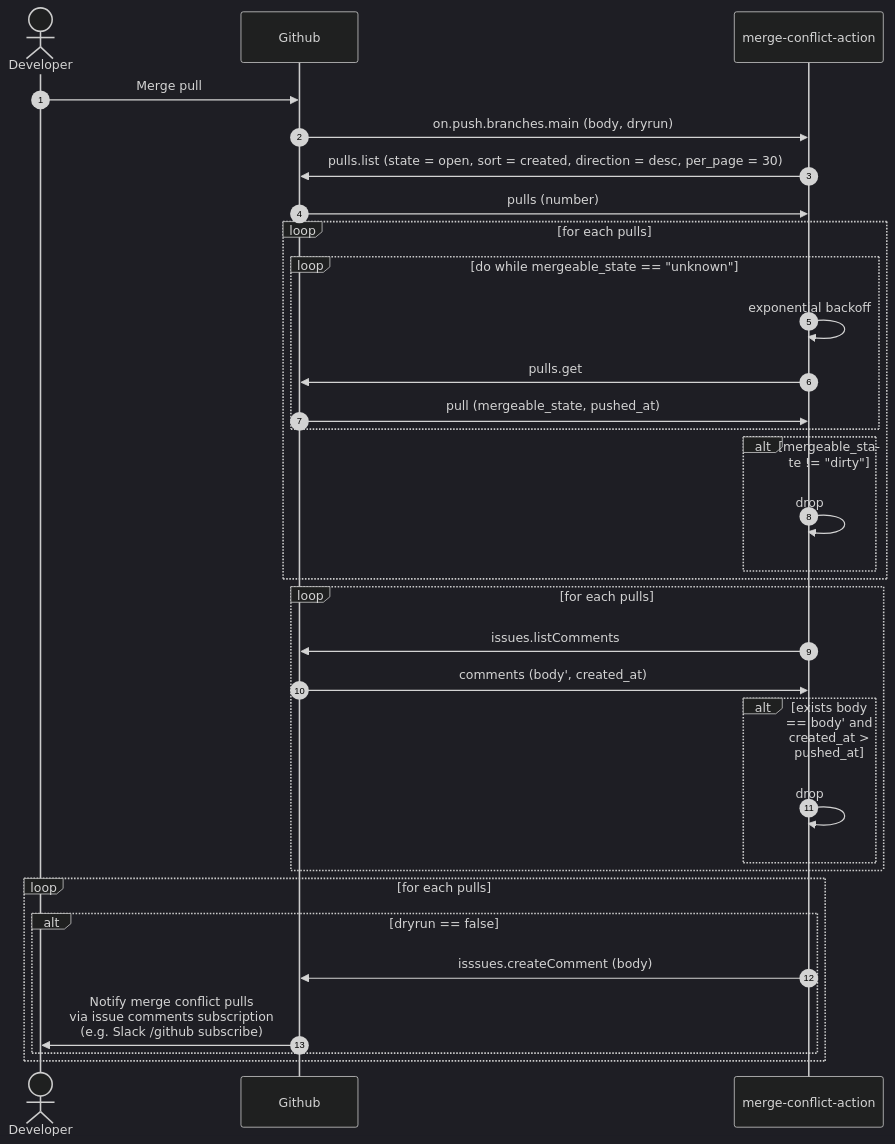
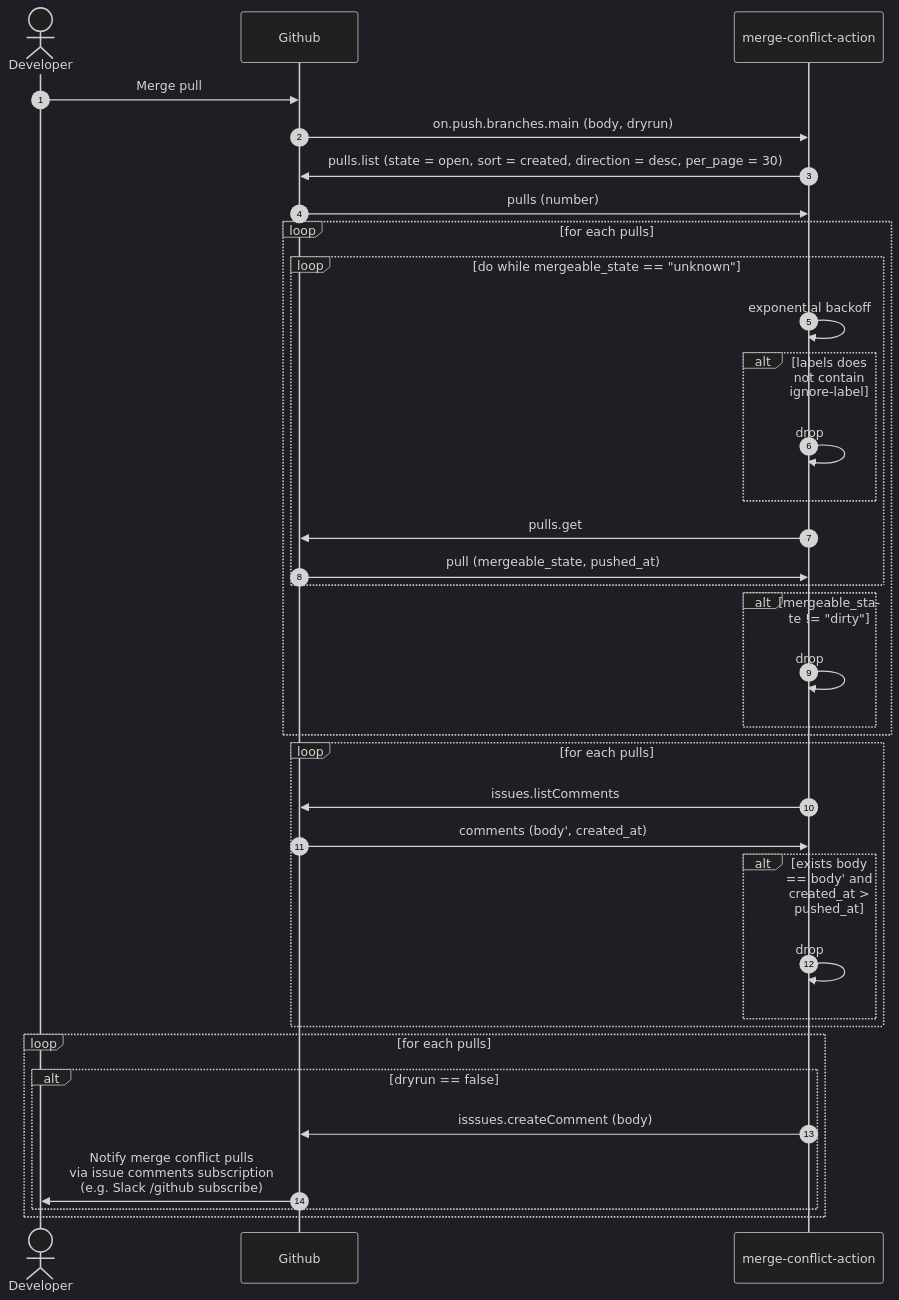
One commit to nokamoto/merge-conflict-action changed the diagram in README.md. Above: the diagram before and after it, drawn with Mermaid (dark theme). The commit also changed other lines of this file and 8 other files, not shown here.

````diff
--- a/README.md
+++ b/README.md
@@ -34,39 +35,42 @@
 ```mermaid
 sequenceDiagram
     autonumber
 
     actor dev as Developer
     participant github as Github
     participant action as merge-conflict-action
 
     dev ->> github : Merge pull
     github ->> action : on.push.branches.main (body, dryrun)
     action ->> github : pulls.list (state = open, sort = created, direction = desc, per_page = 30)
     github ->> action : pulls (number)
 
     loop for each pulls
         loop do while mergeable_state == "unknown"
             action ->> action : exponential backoff
+            alt labels does not contain ignore-label
+                action ->> action : drop
+            end
             action ->> github : pulls.get
             github ->> action : pull (mergeable_state, pushed_at)
         end
         alt mergeable_state != "dirty"
             action ->> action : drop
         end
     end
 
     loop for each pulls
         action ->> github : issues.listComments
         github ->> action : comments (body', created_at)
         alt exists body == body' and created_at > pushed_at
             action ->> action : drop
         end
     end
 
     loop for each pulls
         alt dryrun == false
             action ->> github : isssues.createComment (body)
             github ->> dev : Notify merge conflict pulls <br> via issue comments subscription <br> (e.g. Slack /github subscribe)
         end
     end
 ```
````
